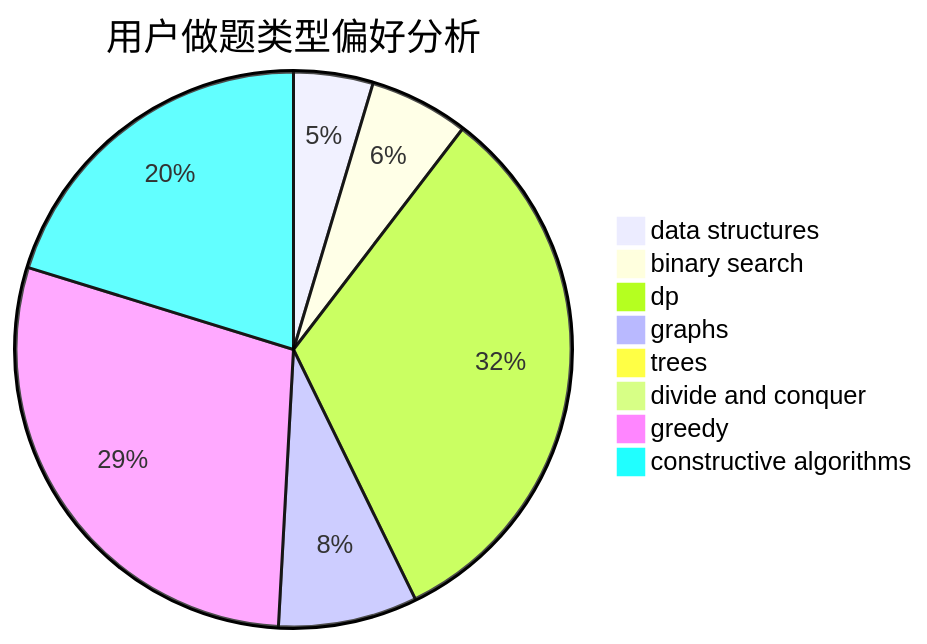
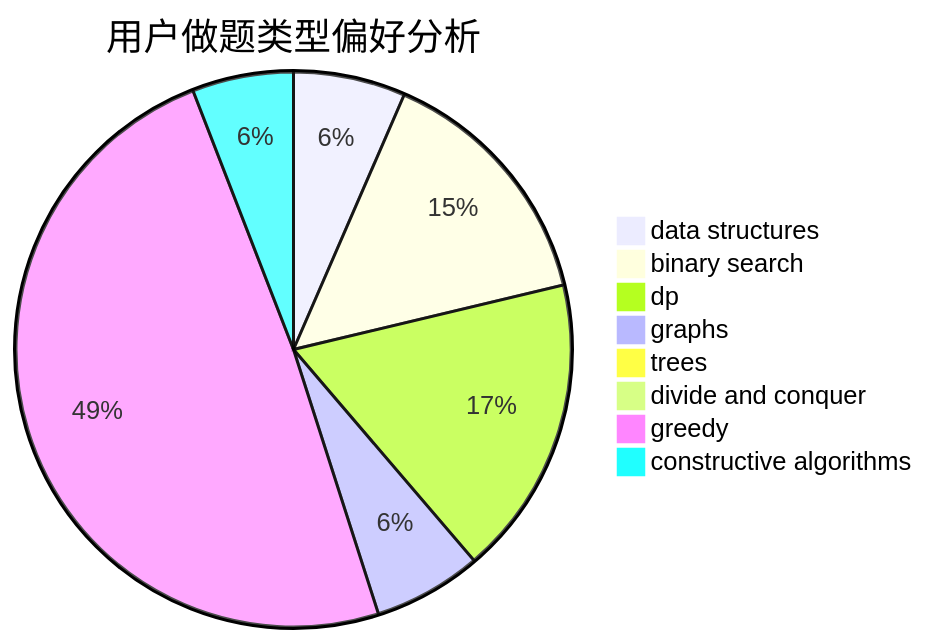
Before and after one commit to sherpahu/cfrs.github.io: the second of 3 diagrams in docs/user/u1996.md, drawn with Mermaid. The commit also changed other lines of this file and 2770 other files, not shown here.

````diff
--- a/docs/user/u1996.md
+++ b/docs/user/u1996.md
@@ -23,11 +23,11 @@
 ```mermaid
 pie title 用户做题类型偏好分析
-    "data structures" :  8
-    "binary search" :  10
-    "dp" :  56
-    "graphs" :  14
-    "trees" :  0
+    "data structures" :  31
+    "binary search" :  70
+    "dp" :  83
+    "graphs" :  30
+    "trees" :  4
     "divide and conquer" :  0
-    "greedy" :  50
-    "constructive algorithms" :  35
+    "greedy" :  233
+    "constructive algorithms" :  28
 ```
````
